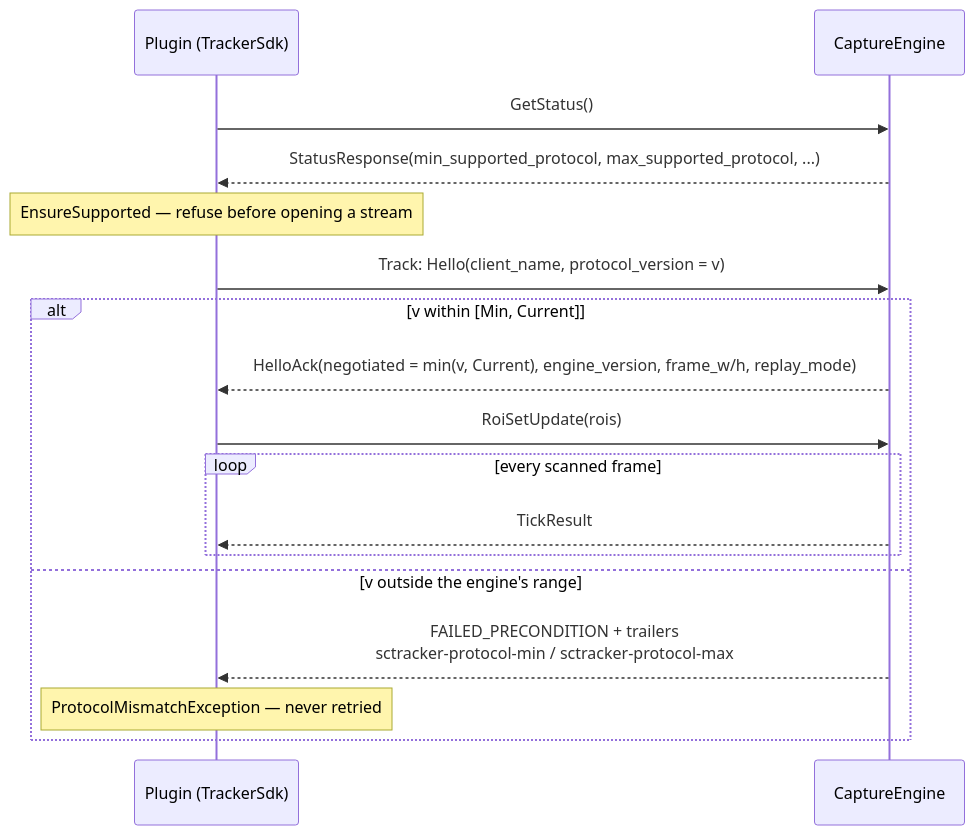
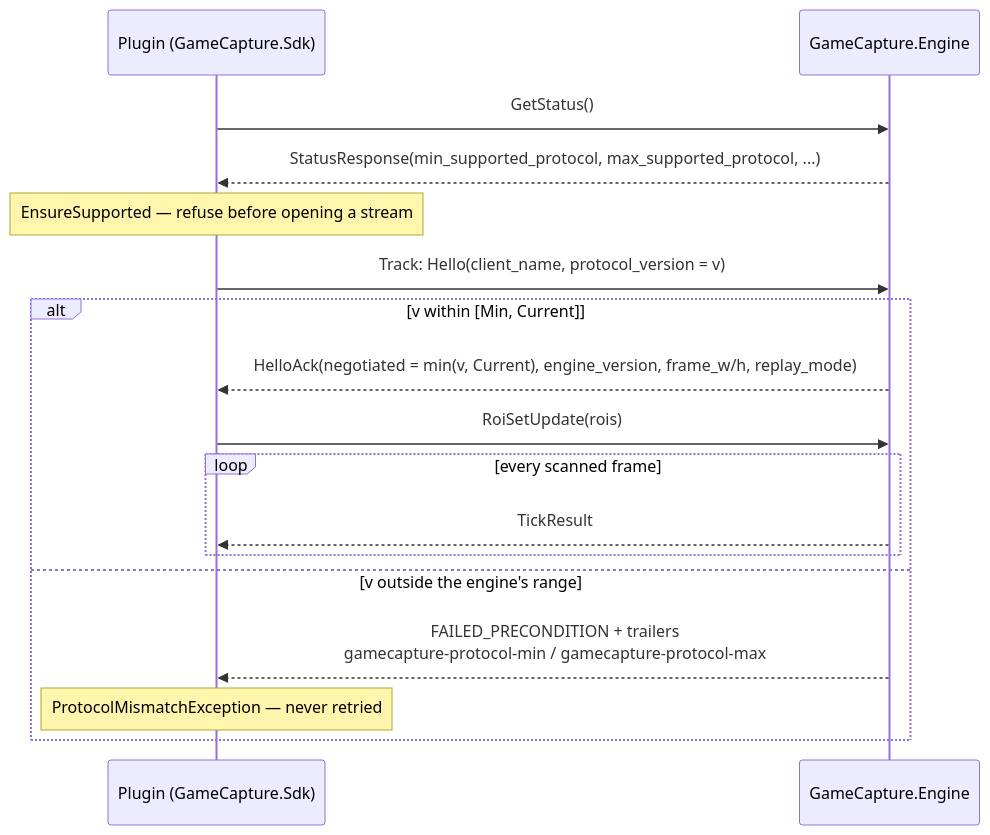
One commit to PetitCastor/gamecapture-engine changed the diagram in docs/PROTOCOL.md. Above: the diagram before and after it, drawn with Mermaid. The commit also changed other lines of this file and 138 other files, not shown here.

First line of the commit message:
rename(sdk): de-brand engine/contracts/SDK to GameCapture (TASK-16.5) (#29)

````diff
--- a/docs/PROTOCOL.md
+++ b/docs/PROTOCOL.md
@@ -32,21 +32,21 @@
 ```mermaid
 sequenceDiagram
-    participant P as Plugin (TrackerSdk)
-    participant E as CaptureEngine
+    participant P as Plugin (GameCapture.Sdk)
+    participant E as GameCapture.Engine
 
     P->>E: GetStatus()
     E-->>P: StatusResponse(min_supported_protocol, max_supported_protocol, ...)
     Note over P: EnsureSupported — refuse before opening a stream
 
     P->>E: Track: Hello(client_name, protocol_version = v)
     alt v within [Min, Current]
         E-->>P: HelloAck(negotiated = min(v, Current), engine_version, frame_w/h, replay_mode)
         P->>E: RoiSetUpdate(rois)
         loop every scanned frame
             E-->>P: TickResult
         end
     else v outside the engine's range
-        E-->>P: FAILED_PRECONDITION + trailers<br/>sctracker-protocol-min / sctracker-protocol-max
+        E-->>P: FAILED_PRECONDITION + trailers<br/>gamecapture-protocol-min / gamecapture-protocol-max
         Note over P: ProtocolMismatchException — never retried
     end
 ```
````
